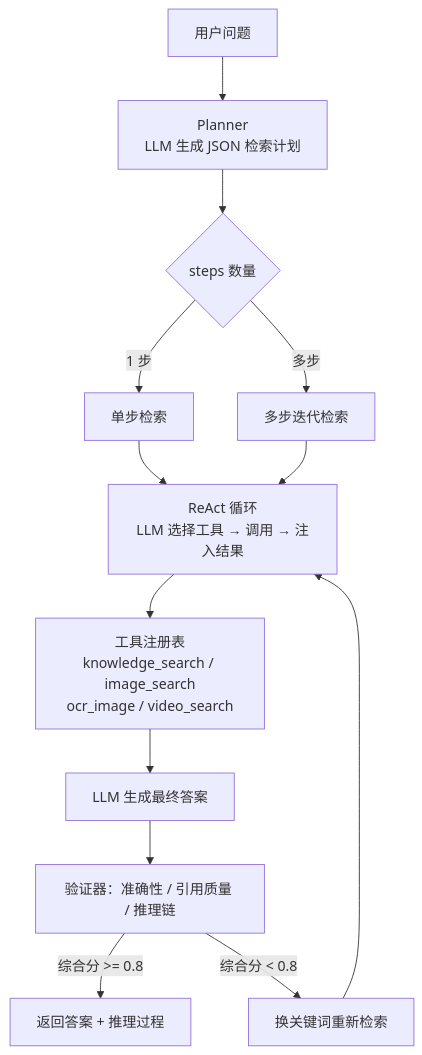
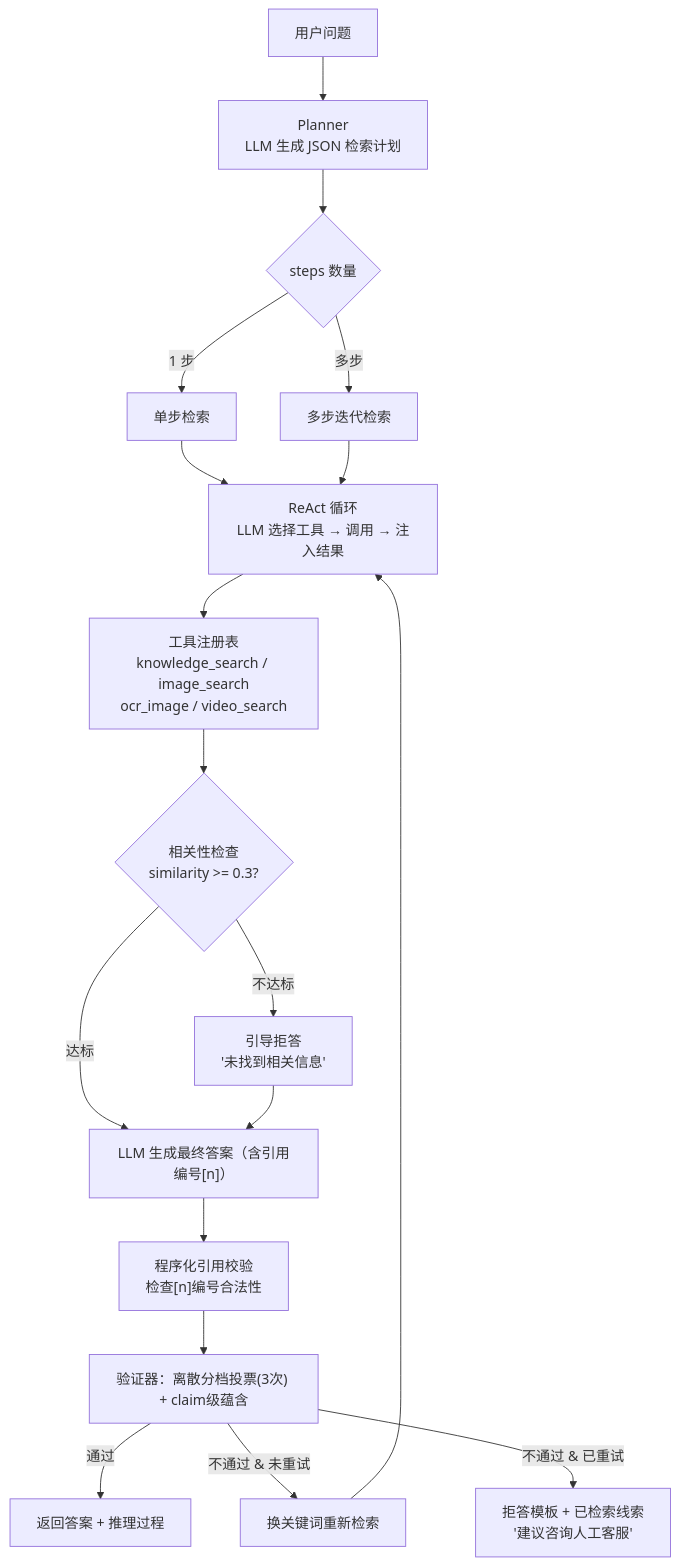
Before and after one commit to uxioaln/multimodal-rag: the second of 2 diagrams in README.md, drawn with Mermaid. The commit also changed other lines of this file and 18 other files, not shown here.

````diff
--- a/README.md
+++ b/README.md
@@ -80,15 +80,20 @@
 ```mermaid
 flowchart TD
     U["用户问题"] --> P["Planner<br/>LLM 生成 JSON 检索计划"]
     P --> R{"steps 数量"}
     R -->|"1 步"| S1["单步检索"]
     R -->|"多步"| S2["多步迭代检索"]
     S1 --> L["ReAct 循环<br/>LLM 选择工具 → 调用 → 注入结果"]
     S2 --> L
     L --> T["工具注册表<br/>knowledge_search / image_search<br/>ocr_image / video_search"]
-    T --> A["LLM 生成最终答案"]
-    A --> V["验证器：准确性 / 引用质量 / 推理链"]
-    V -->|"综合分 >= 0.8"| OK["返回答案 + 推理过程"]
-    V -->|"综合分 < 0.8"| RT["换关键词重新检索"]
+    T --> REL{"相关性检查<br/>similarity >= 0.3?"}
+    REL -->|"达标"| A["LLM 生成最终答案（含引用编号[n]）"]
+    REL -->|"不达标"| ABS["引导拒答<br/>'未找到相关信息'"]
+    ABS --> A
+    A --> CIT["程序化引用校验<br/>检查[n]编号合法性"]
+    CIT --> V["验证器：离散分档投票(3次) + claim级蕴含"]
+    V -->|"通过"| OK["返回答案 + 推理过程"]
+    V -->|"不通过 & 未重试"| RT["换关键词重新检索"]
     RT --> L
+    V -->|"不通过 & 已重试"| ABSTAIN["拒答模板 + 已检索线索<br/>'建议咨询人工客服'"]
 ```
````
